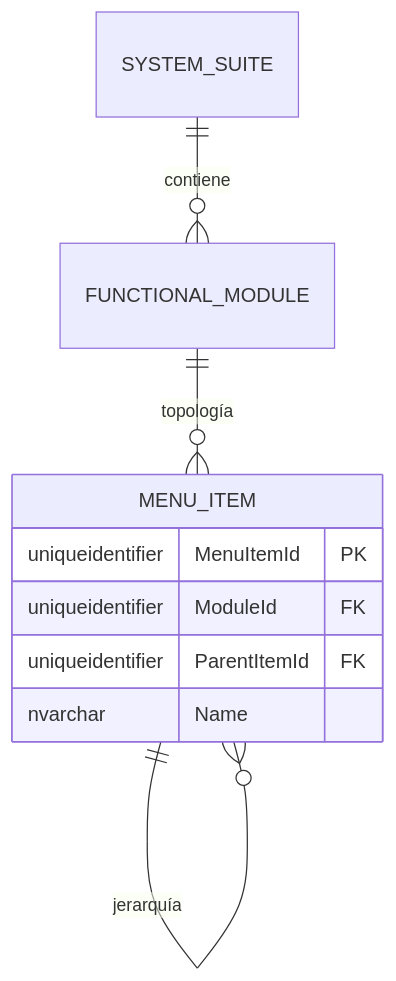
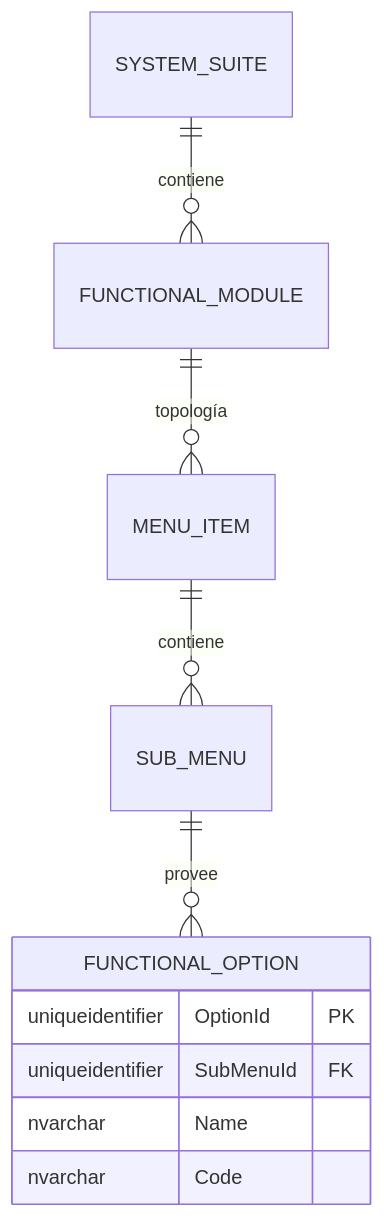
Before and after one commit to beyondnetcode/ums: the third of 3 diagrams in architecture/blueprints-es/database-design-er.md, drawn with Mermaid. The commit also changed other lines of this file and 4 other files, not shown here.

````diff
--- a/architecture/blueprints-es/database-design-er.md
+++ b/architecture/blueprints-es/database-design-er.md
@@ -85,13 +77,14 @@
 ```mermaid
 erDiagram
     SYSTEM_SUITE ||--o{ FUNCTIONAL_MODULE : "contiene"
     FUNCTIONAL_MODULE ||--o{ MENU_ITEM : "topología"
-    MENU_ITEM ||--o{ MENU_ITEM : "jerarquía"
+    MENU_ITEM ||--o{ SUB_MENU : "contiene"
+    SUB_MENU ||--o{ FUNCTIONAL_OPTION : "provee"
     
-    MENU_ITEM {
-        uniqueidentifier MenuItemId PK
-        uniqueidentifier ModuleId FK
-        uniqueidentifier ParentItemId FK
+    FUNCTIONAL_OPTION {
+        uniqueidentifier OptionId PK
+        uniqueidentifier SubMenuId FK
         nvarchar Name
+        nvarchar Code
     }
 ```
````
